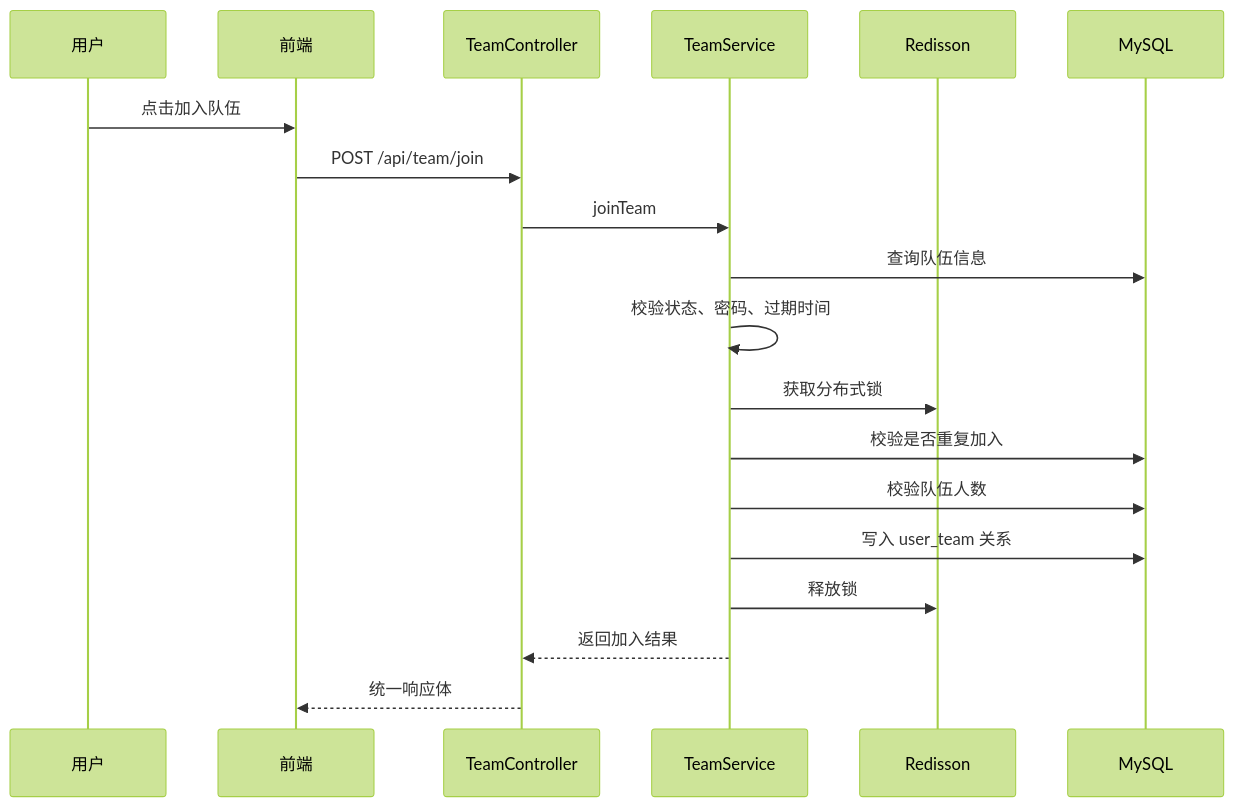
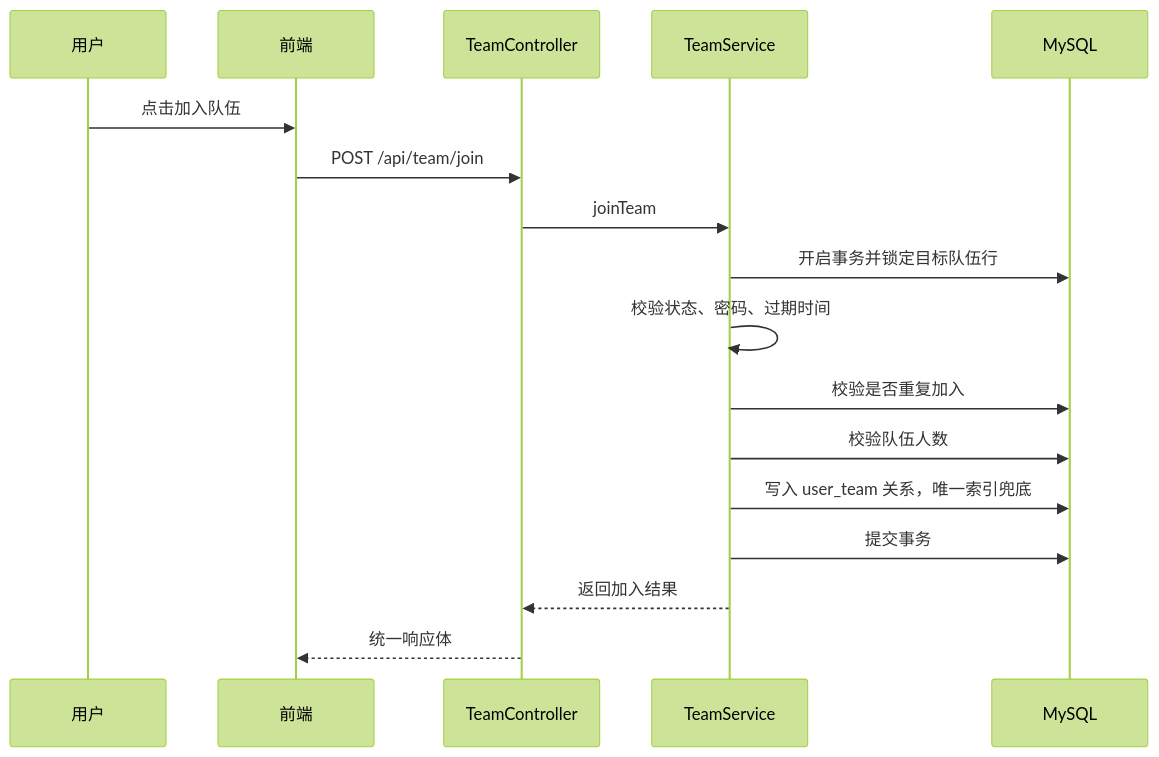
One commit to Code-Mikle/sync-up changed the third of 3 diagrams in README.md. Above: the diagram before and after it, drawn with Mermaid (forest theme). The commit also changed other lines of this file and 15 other files, not shown here.

````diff
--- a/README.md
+++ b/README.md
@@ -147,22 +147,20 @@
 ```mermaid
 sequenceDiagram
     participant U as 用户
     participant F as 前端
     participant C as TeamController
     participant S as TeamService
-    participant L as Redisson
     participant D as MySQL
 
     U->>F: 点击加入队伍
     F->>C: POST /api/team/join
     C->>S: joinTeam
-    S->>D: 查询队伍信息
+    S->>D: 开启事务并锁定目标队伍行
     S->>S: 校验状态、密码、过期时间
-    S->>L: 获取分布式锁
     S->>D: 校验是否重复加入
     S->>D: 校验队伍人数
-    S->>D: 写入 user_team 关系
-    S->>L: 释放锁
+    S->>D: 写入 user_team 关系，唯一索引兜底
+    S->>D: 提交事务
     S-->>C: 返回加入结果
     C-->>F: 统一响应体
 ```
````
